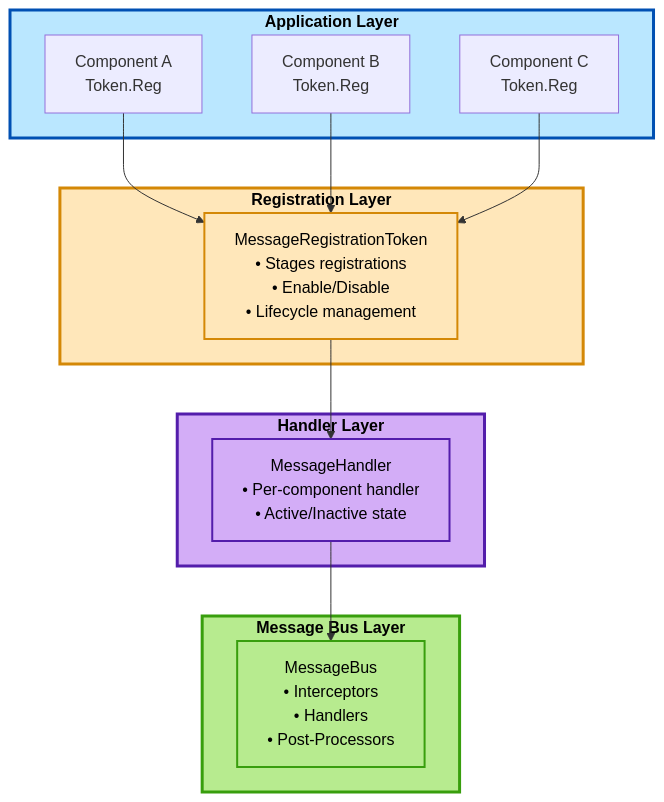
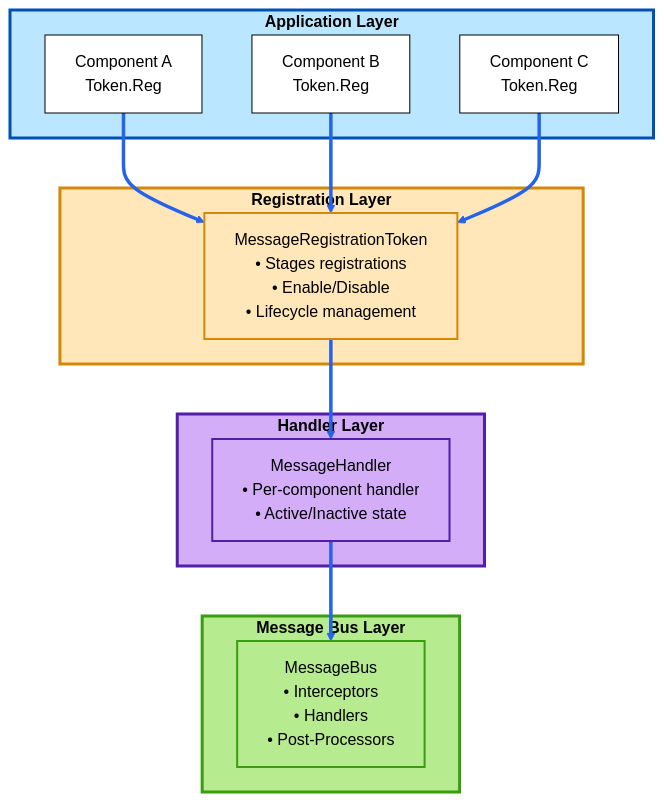
Before and after one commit to wallstop/DxMessaging: the diagram in Docs/DesignAndArchitecture.md, drawn with Mermaid.

Commit message:
Better arrow colors

````diff
--- a/Docs/DesignAndArchitecture.md
+++ b/Docs/DesignAndArchitecture.md
@@ -52,34 +52,35 @@
 ```mermaid
+%%{init: {'theme':'base', 'themeVariables': { 'primaryColor':'#fff','primaryTextColor':'#000','primaryBorderColor':'#000','lineColor':'#2563eb','secondaryColor':'#fff','tertiaryColor':'#fff','edgeLabelBackground':'#fff'}}}%%
 flowchart TB
     subgraph App["<b>Application Layer</b>"]
         CompA[Component A<br/>Token.Reg]
         CompB[Component B<br/>Token.Reg]
         CompC[Component C<br/>Token.Reg]
     end
 
     subgraph Token["<b>Registration Layer</b>"]
         MRT[MessageRegistrationToken<br/>• Stages registrations<br/>• Enable/Disable<br/>• Lifecycle management]
     end
 
     subgraph Handler["<b>Handler Layer</b>"]
         MH[MessageHandler<br/>• Per-component handler<br/>• Active/Inactive state]
     end
 
     subgraph Bus["<b>Message Bus Layer</b>"]
         MB[MessageBus<br/>• Interceptors<br/>• Handlers<br/>• Post-Processors]
     end
 
-    CompA --> MRT
-    CompB --> MRT
-    CompC --> MRT
-    MRT --> MH
-    MH --> MB
+    CompA ==> MRT
+    CompB ==> MRT
+    CompC ==> MRT
+    MRT ==> MH
+    MH ==> MB
 
     style App fill:#bae7ff,stroke:#0050b3,stroke-width:3px,color:#000
     style Token fill:#ffe7ba,stroke:#d48806,stroke-width:3px,color:#000
     style Handler fill:#d3adf7,stroke:#531dab,stroke-width:3px,color:#000
     style Bus fill:#b7eb8f,stroke:#389e0d,stroke-width:3px,color:#000
     style MRT fill:#ffe7ba,stroke:#d48806,stroke-width:2px,color:#000
     style MH fill:#d3adf7,stroke:#531dab,stroke-width:2px,color:#000
     style MB fill:#b7eb8f,stroke:#389e0d,stroke-width:2px,color:#000
 ```
````
